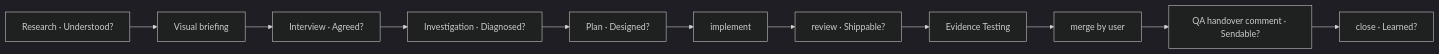
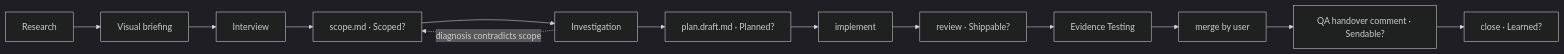
One commit to alexradunet/forge-engineering changed the second of 3 diagrams in plugins/forge/skills/ticket/SKILL.md. Above: the diagram before and after it, drawn with Mermaid (dark theme). The commit also changed other lines of this file and 71 other files, not shown here.

````diff
--- a/plugins/forge/skills/ticket/SKILL.md
+++ b/plugins/forge/skills/ticket/SKILL.md
@@ -119,5 +130,6 @@
 ```mermaid
 flowchart LR
-  S[Research · Understood?] --> B[Visual briefing] --> A[Interview · Agreed?] --> D[Investigation · Diagnosed?] --> P[Plan · Designed?]
+  S[Research] --> B[Visual briefing] --> A[Interview] --> SC[scope.md · Scoped?] --> D[Investigation] --> P[plan.draft.md · Planned?]
   P --> I[implement] --> R[review · Shippable?] --> E[Evidence Testing] --> M[merge by user] --> Q[QA handover comment · Sendable?] --> C[close · Learned?]
+  D -. diagnosis contradicts scope .-> SC
 ```
````
